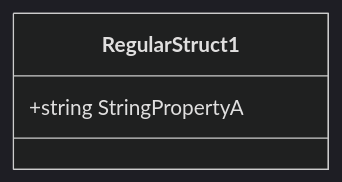
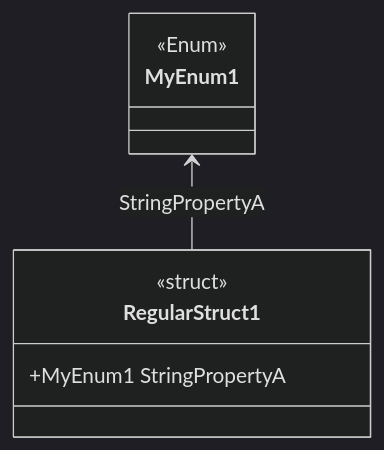
The tenth of 11 diagrams in test/SampleProject/CODE_METRICS.md (erichiller/gh-action-cs-metrics), drawn with Mermaid (dark theme) before and after one commit. The commit also changed other lines of this file and 4 other files, not shown here.

````diff
--- a/test/SampleProject/CODE_METRICS.md
+++ b/test/SampleProject/CODE_METRICS.md
@@ -440,10 +492,15 @@
 ```mermaid
 %%{init: {
     'fontFamily': 'monospace'
 } }%%
 classDiagram
+SomeRoot_SampleProject_MyEnum1 <-- SomeRoot_SampleProject_RegularStruct1 : StringPropertyA
+class SomeRoot_SampleProject_MyEnum1 ["MyEnum1"] {
+    <<Enum>>
+}
 class SomeRoot_SampleProject_RegularStruct1 ["RegularStruct1"] {
-    +string StringPropertyA
+    <<struct>>
+    +MyEnum1 StringPropertyA
 }
 
 ```
````
